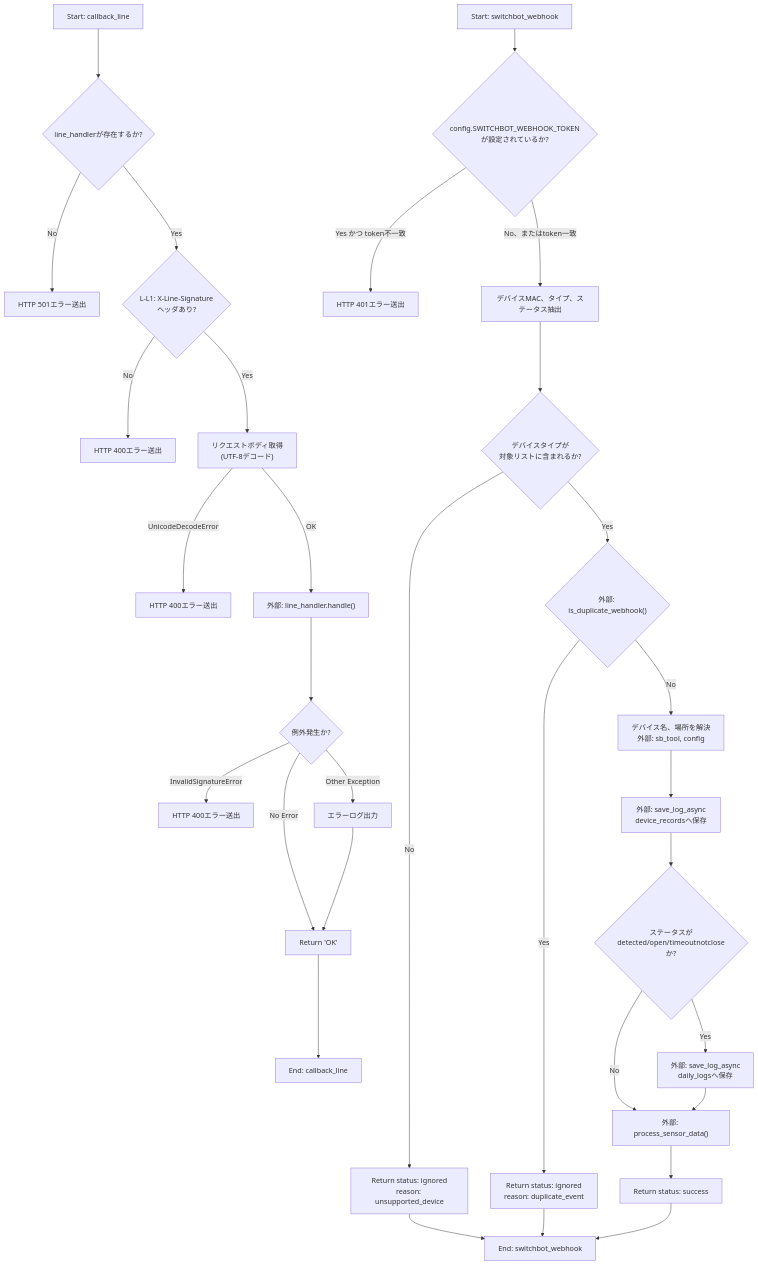
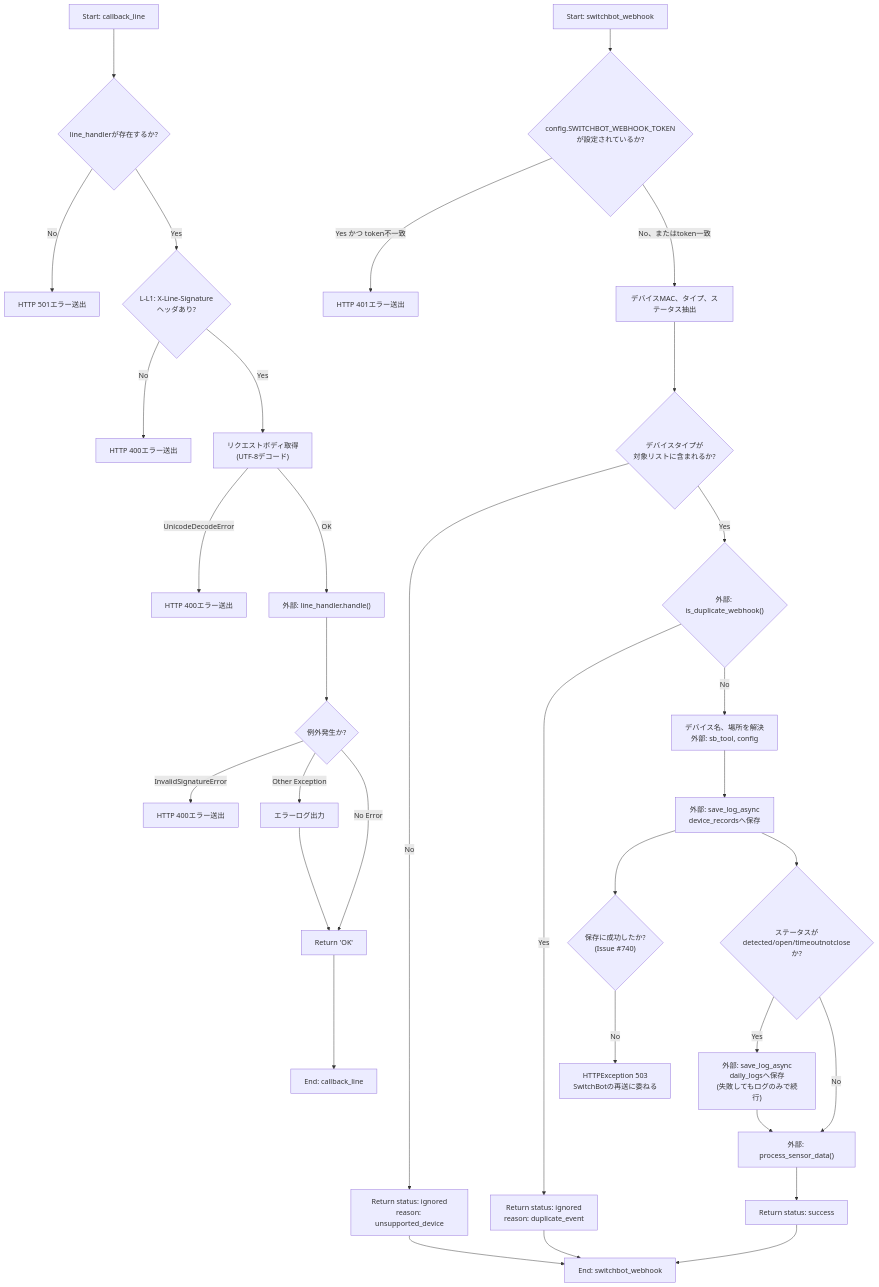
Before and after one commit to mmtigers/my_python_project: the first of 2 diagrams in docs/specifications/MY_HOME_SYSTEM/webhook_router.md, drawn with Mermaid. The commit also changed other lines of this file and 66 other files, not shown here.

````diff
--- a/docs/specifications/MY_HOME_SYSTEM/webhook_router.md
+++ b/docs/specifications/MY_HOME_SYSTEM/webhook_router.md
@@ -140,38 +140,40 @@
 ```mermaid
 flowchart TD
     %% callback_lineのフロー
     StartLine["Start: callback_line"] --> CheckConfig{"line_handlerが存在するか?"}
     CheckConfig -->|"No"| Raise501["HTTP 501エラー送出"]
     CheckConfig -->|"Yes"| CheckSig{"L-L1: X-Line-Signature<br>ヘッダあり?"}
     CheckSig -->|"No"| Raise400Sig["HTTP 400エラー送出"]
     CheckSig -->|"Yes"| GetBody["リクエストボディ取得<br>(UTF-8デコード)"]
     GetBody -->|"UnicodeDecodeError"| Raise400Body["HTTP 400エラー送出"]
     GetBody -->|"OK"| CallHandle["外部: line_handler.handle()"]
     CallHandle --> CheckError{"例外発生か?"}
     CheckError -->|"InvalidSignatureError"| Raise400["HTTP 400エラー送出"]
     CheckError -->|"Other Exception"| LogError["エラーログ出力"]
     CheckError -->|"No Error"| ReturnOK["Return 'OK'"]
     LogError --> ReturnOK
     ReturnOK --> EndLine["End: callback_line"]
 
     %% switchbot_webhookのフロー
     StartSB["Start: switchbot_webhook"] --> CheckToken{"config.SWITCHBOT_WEBHOOK_TOKEN<br>が設定されているか?"}
     CheckToken -->|"Yes かつ token不一致"| Raise401["HTTP 401エラー送出"]
     CheckToken -->|"No、またはtoken一致"| ExtractBody["デバイスMAC、タイプ、ステータス抽出"]
     ExtractBody --> CheckDeviceType{"デバイスタイプが<br>対象リストに含まれるか?"}
     CheckDeviceType -->|"No"| ReturnIgnored1["Return status: ignored<br>reason: unsupported_device"]
     CheckDeviceType -->|"Yes"| CheckDuplicate{"外部: is_duplicate_webhook()"}
     CheckDuplicate -->|"Yes"| ReturnIgnored2["Return status: ignored<br>reason: duplicate_event"]
     CheckDuplicate -->|"No"| ResolveDeviceInfo["デバイス名、場所を解決<br>外部: sb_tool, config"]
     ResolveDeviceInfo --> SaveLog1["外部: save_log_async<br>device_recordsへ保存"]
+    SaveLog1 --> SaveOk{"保存に成功したか?<br>(Issue #740)"}
+    SaveOk -->|"No"| Return503["HTTPException 503<br>SwitchBotの再送に委ねる"]
     SaveLog1 --> CheckState{"ステータスが<br>detected/open/timeoutnotcloseか?"}
-    CheckState -->|"Yes"| SaveLog2["外部: save_log_async<br>daily_logsへ保存"]
+    CheckState -->|"Yes"| SaveLog2["外部: save_log_async<br>daily_logsへ保存<br>(失敗してもログのみで続行)"]
     CheckState -->|"No"| CallSensorService["外部: process_sensor_data()"]
     SaveLog2 --> CallSensorService
     CallSensorService --> ReturnSuccess["Return status: success"]
     
     ReturnIgnored1 --> EndSB["End: switchbot_webhook"]
     ReturnIgnored2 --> EndSB
     ReturnSuccess --> EndSB
 
 ```
````
